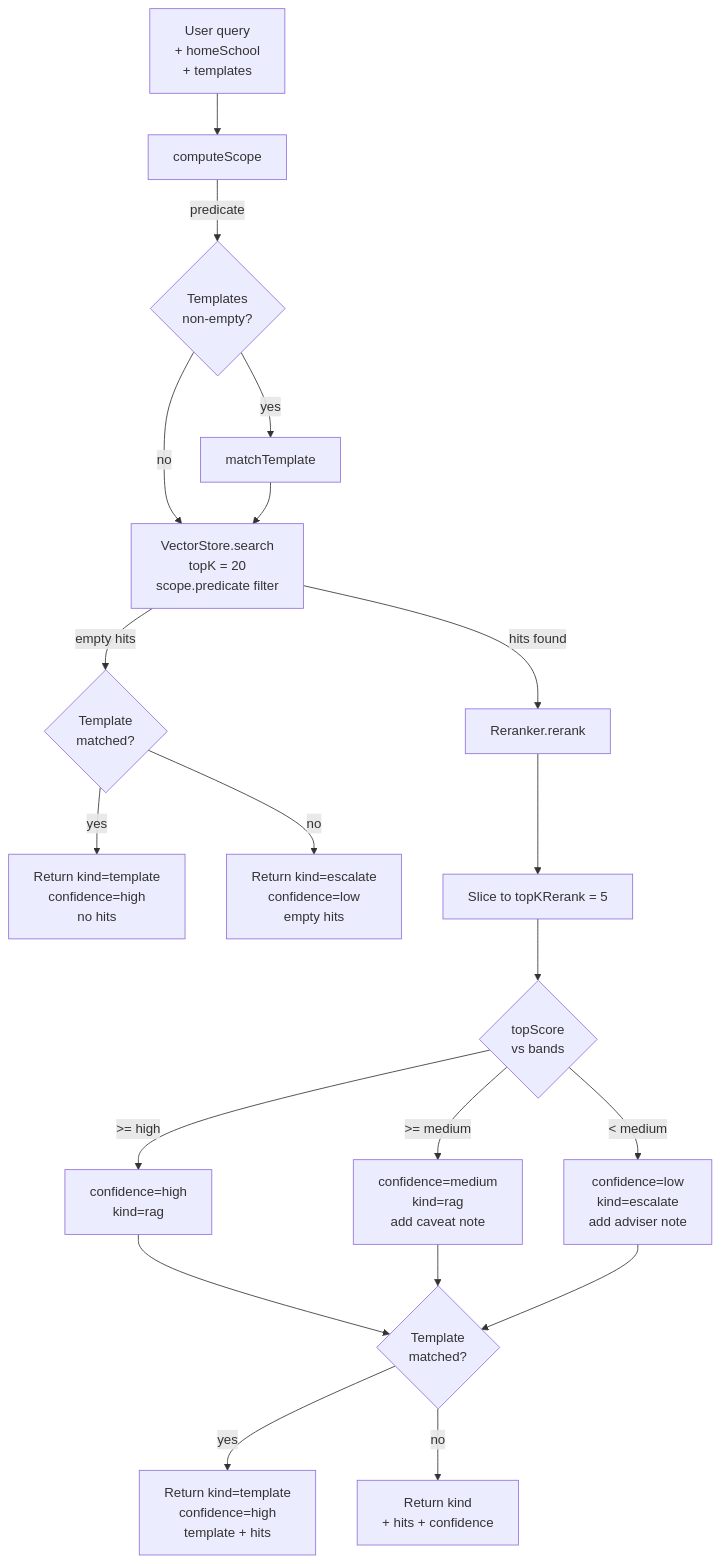
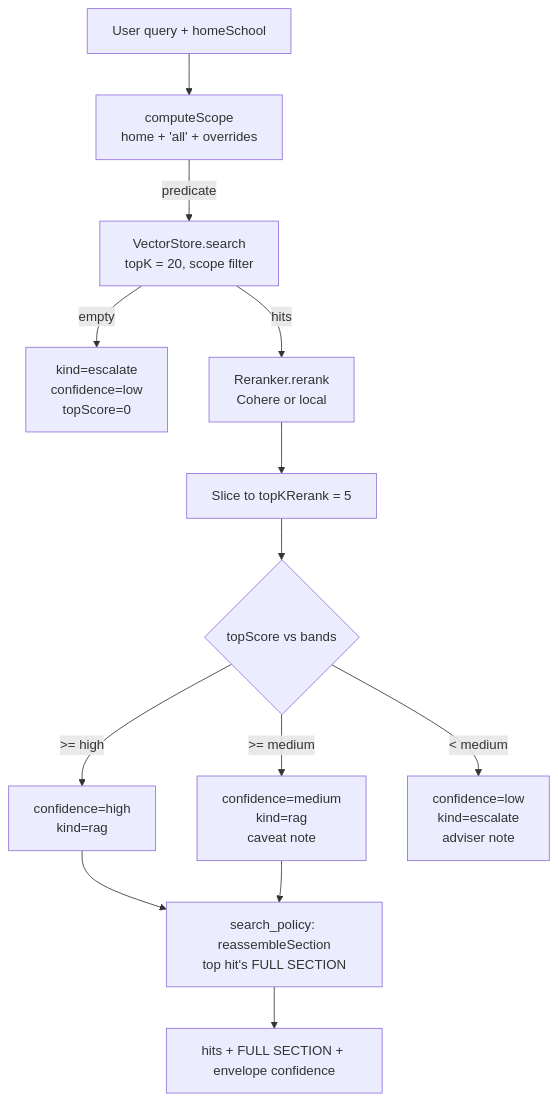
Before and after one commit to EdoardoMongardi/NYU_Path: the second of 2 diagrams in Docs/current-system/engine/rag.md, drawn with Mermaid. The commit also changed other lines of this file and 73 other files, not shown here.

First line of the commit message:
docs: revise all current-system docs to match the post-rebuild code

````diff
--- a/Docs/current-system/engine/rag.md
+++ b/Docs/current-system/engine/rag.md
@@ -617,22 +404,15 @@
 ```mermaid
 flowchart TD
-    Q[User query<br/>+ homeSchool<br/>+ templates] --> CS[computeScope]
-    CS -->|predicate| MT{Templates<br/>non-empty?}
-    MT -->|yes| MTM[matchTemplate]
-    MT -->|no| VS
-    MTM --> VS[VectorStore.search<br/>topK = 20<br/>scope.predicate filter]
-    VS -->|empty hits| EH{Template<br/>matched?}
-    EH -->|yes| RT1[Return kind=template<br/>confidence=high<br/>no hits]
-    EH -->|no| RE1[Return kind=escalate<br/>confidence=low<br/>empty hits]
-    VS -->|hits found| RR[Reranker.rerank]
+    Q[User query + homeSchool] --> CS[computeScope<br/>home + 'all' + overrides]
+    CS -->|predicate| VS[VectorStore.search<br/>topK = 20, scope filter]
+    VS -->|empty| RE[kind=escalate<br/>confidence=low<br/>topScore=0]
+    VS -->|hits| RR[Reranker.rerank<br/>Cohere or local]
     RR --> SL[Slice to topKRerank = 5]
-    SL --> CG{topScore<br/>vs bands}
+    SL --> CG{topScore vs bands}
     CG -->|>= high| HC[confidence=high<br/>kind=rag]
-    CG -->|>= medium| MC[confidence=medium<br/>kind=rag<br/>add caveat note]
-    CG -->|< medium| LC[confidence=low<br/>kind=escalate<br/>add adviser note]
-    HC --> ME{Template<br/>matched?}
-    MC --> ME
-    LC --> ME
-    ME -->|yes| RT2[Return kind=template<br/>confidence=high<br/>template + hits]
-    ME -->|no| RR2[Return kind<br/>+ hits + confidence]
+    CG -->|>= medium| MC[confidence=medium<br/>kind=rag<br/>caveat note]
+    CG -->|< medium| LC[confidence=low<br/>kind=escalate<br/>adviser note]
+    HC --> WS[search_policy: reassembleSection<br/>top hit's FULL SECTION]
+    MC --> WS
+    WS --> OUT[hits + FULL SECTION + envelope confidence]
 ```
````
